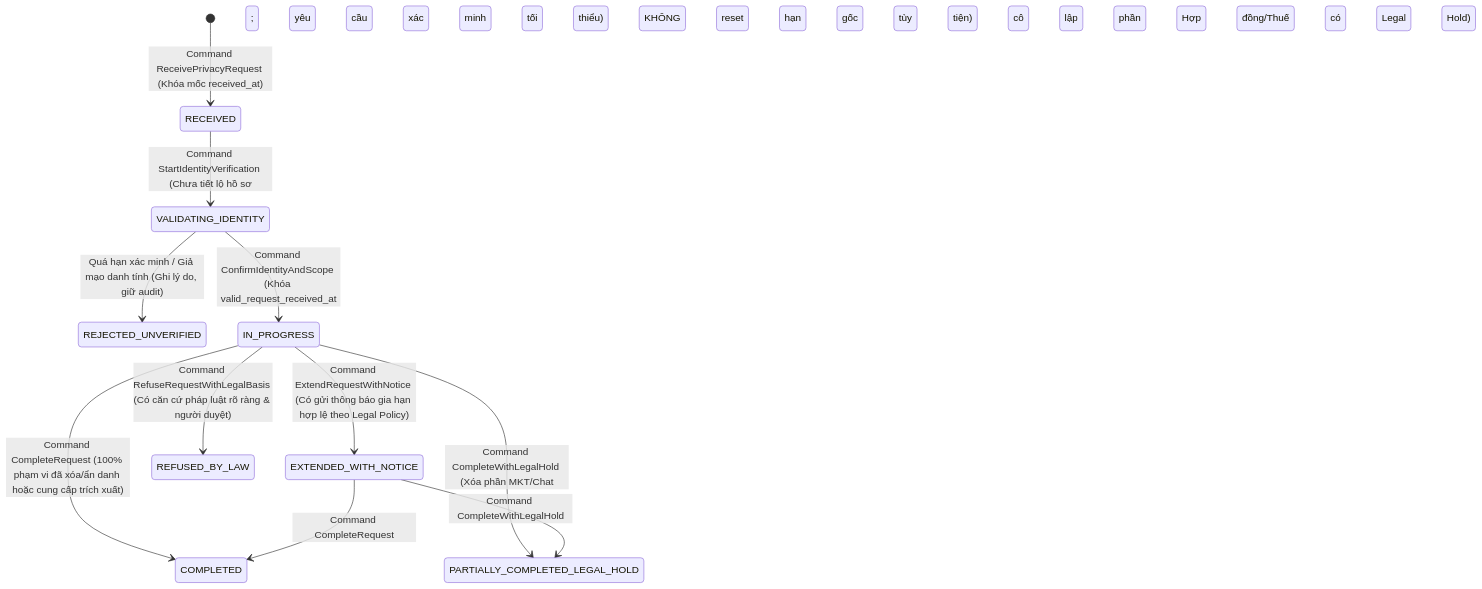
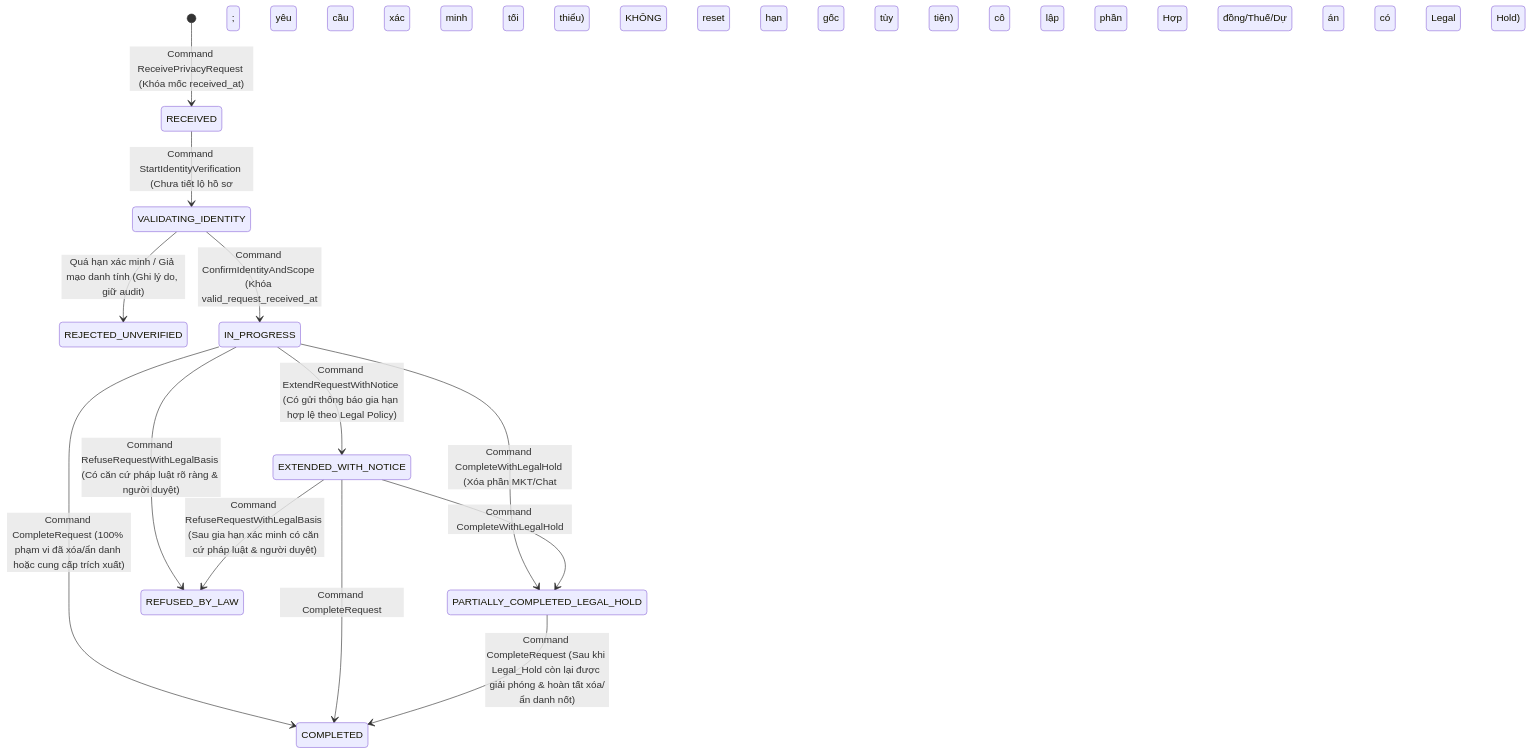
The second of 5 diagrams in 02-specs/modules/M20-PRIVACY-CONSENT-RETENTION.md (thuanmartech-dotcom/crm-marketing), drawn with Mermaid before and after one commit. The commit also changed other lines of this file and 48 other files, not shown here.

````diff
--- a/02-specs/modules/M20-PRIVACY-CONSENT-RETENTION.md
+++ b/02-specs/modules/M20-PRIVACY-CONSENT-RETENTION.md
@@ -132,13 +133,15 @@
 ```mermaid
 stateDiagram-v2
     [*] --> RECEIVED : Command ReceivePrivacyRequest (Khóa mốc received_at)
     RECEIVED --> VALIDATING_IDENTITY : Command StartIdentityVerification (Chưa tiết lộ hồ sơ; yêu cầu xác minh tối thiểu)
     VALIDATING_IDENTITY --> REJECTED_UNVERIFIED : Quá hạn xác minh / Giả mạo danh tính (Ghi lý do, giữ audit)
     VALIDATING_IDENTITY --> IN_PROGRESS : Command ConfirmIdentityAndScope (Khóa valid_request_received_at; KHÔNG reset hạn gốc tùy tiện)
     IN_PROGRESS --> EXTENDED_WITH_NOTICE : Command ExtendRequestWithNotice (Có gửi thông báo gia hạn hợp lệ theo Legal Policy)
     IN_PROGRESS --> COMPLETED : Command CompleteRequest (100% phạm vi đã xóa/ẩn danh hoặc cung cấp trích xuất)
     EXTENDED_WITH_NOTICE --> COMPLETED : Command CompleteRequest
-    IN_PROGRESS --> PARTIALLY_COMPLETED_LEGAL_HOLD : Command CompleteWithLegalHold (Xóa phần MKT/Chat; cô lập phần Hợp đồng/Thuế có Legal Hold)
+    IN_PROGRESS --> PARTIALLY_COMPLETED_LEGAL_HOLD : Command CompleteWithLegalHold (Xóa phần MKT/Chat; cô lập phần Hợp đồng/Thuế/Dự án có Legal Hold)
     EXTENDED_WITH_NOTICE --> PARTIALLY_COMPLETED_LEGAL_HOLD : Command CompleteWithLegalHold
+    PARTIALLY_COMPLETED_LEGAL_HOLD --> COMPLETED : Command CompleteRequest (Sau khi Legal_Hold còn lại được giải phóng & hoàn tất xóa/ẩn danh nốt)
     IN_PROGRESS --> REFUSED_BY_LAW : Command RefuseRequestWithLegalBasis (Có căn cứ pháp luật rõ ràng & người duyệt)
+    EXTENDED_WITH_NOTICE --> REFUSED_BY_LAW : Command RefuseRequestWithLegalBasis (Sau gia hạn xác minh có căn cứ pháp luật & người duyệt)
 ```
````
